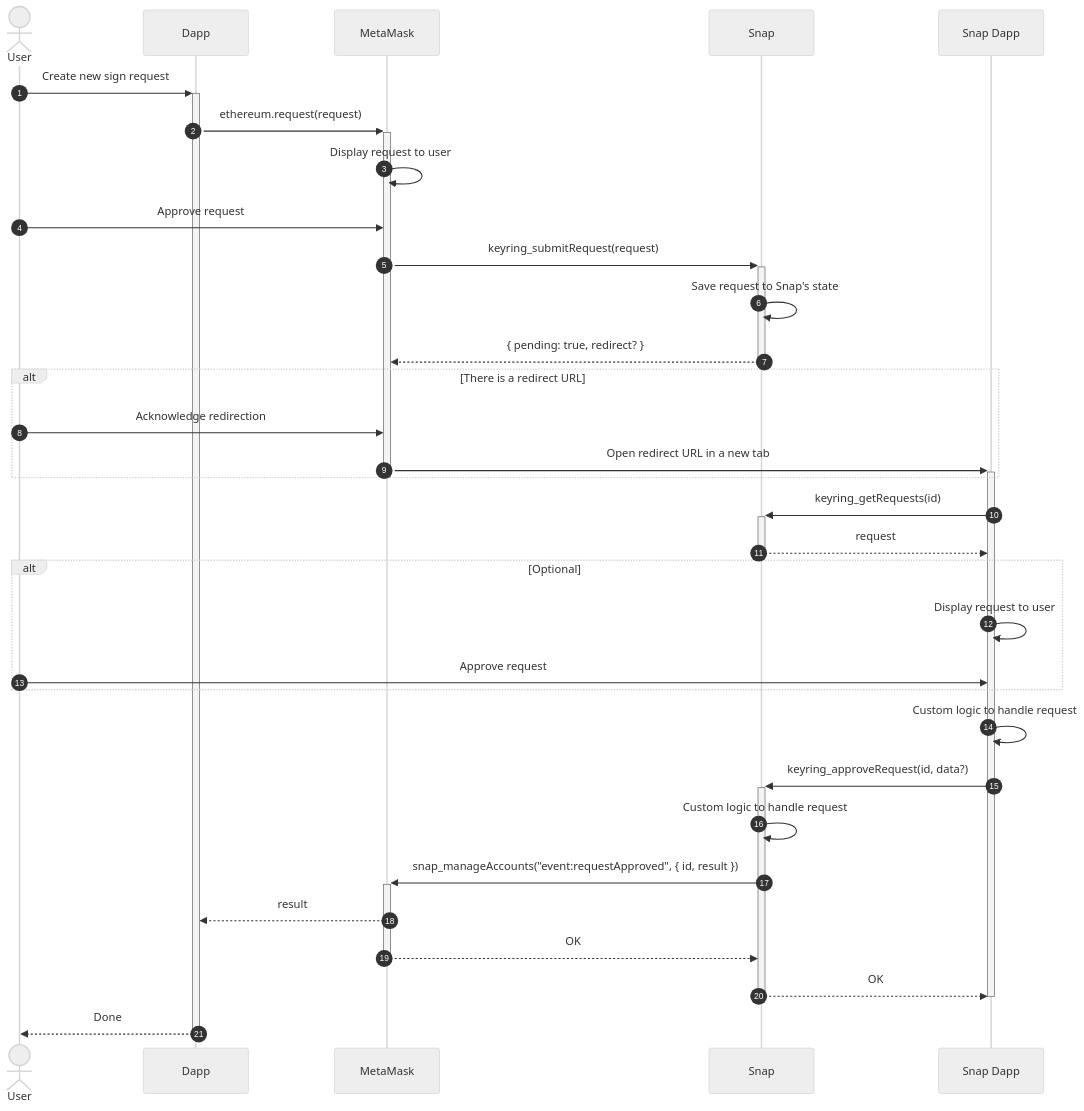
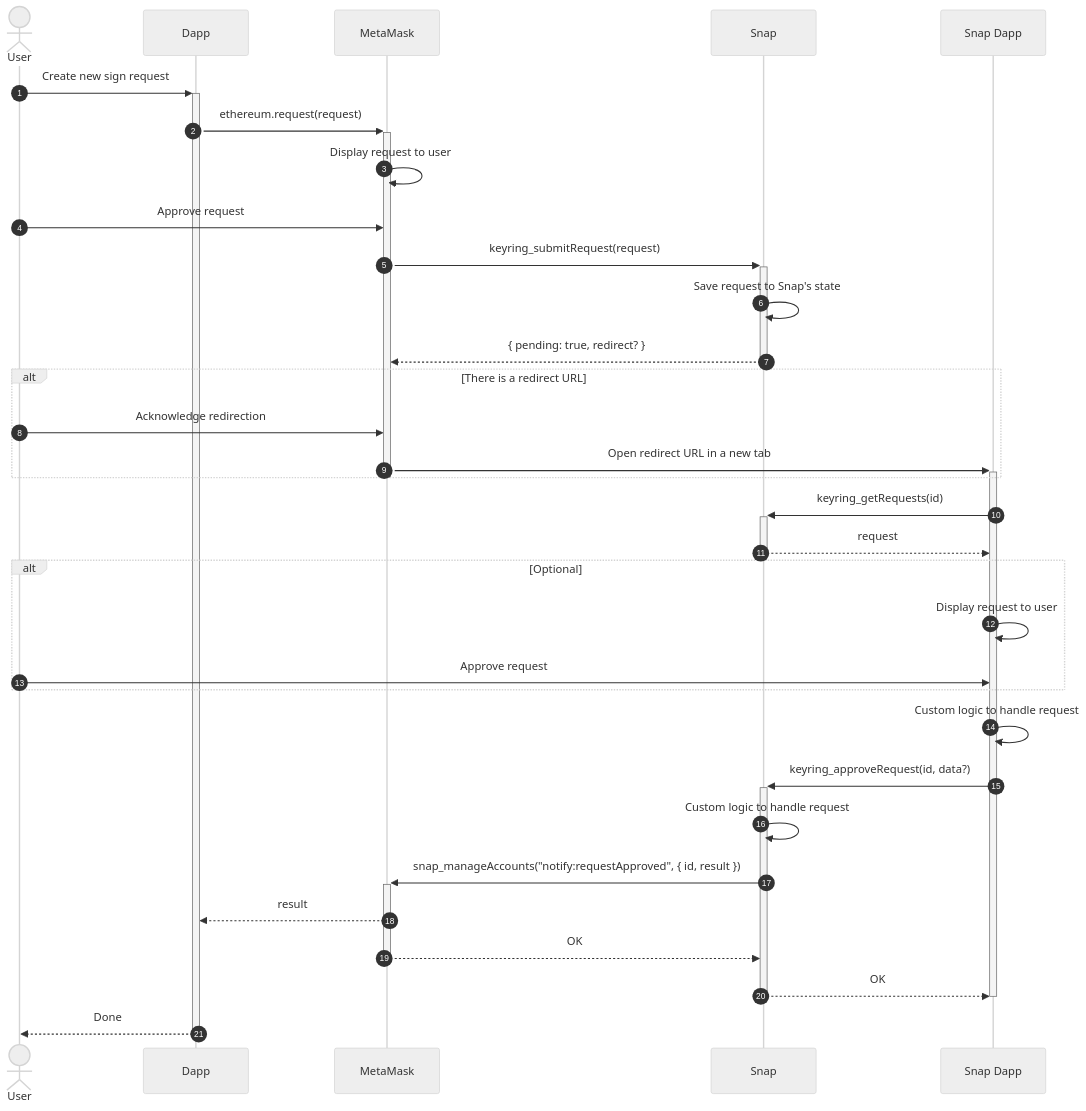
The third of 4 diagrams in docs/architecture.md (MetaMask/keyring-api), drawn with Mermaid (neutral theme) before and after one commit. The commit also changed other lines of this file, not shown here.

Commit message:
docs: update `snap_manageAccounts` arguments (`event` -> `notify`)

````diff
--- a/docs/architecture.md
+++ b/docs/architecture.md
@@ -101,44 +101,44 @@
   ```mermaid
   sequenceDiagram
   autonumber
 
   actor User
   participant Dapp
   participant MetaMask
   participant Snap
   participant Site as Snap Dapp
 
   User ->>+ Dapp: Create new sign request
   Dapp ->>+ MetaMask: ethereum.request(request)
   MetaMask ->> MetaMask: Display request to user
   User ->> MetaMask: Approve request
 
   MetaMask ->>+ Snap: keyring_submitRequest(request)
   Snap ->> Snap: Save request to Snap's state
   Snap -->>- MetaMask: { pending: true, redirect? }
   alt There is a redirect URL
     User ->> MetaMask: Acknowledge redirection
     MetaMask ->>+ Site: Open redirect URL in a new tab
   end
   deactivate MetaMask
 
   Site ->>+ Snap: keyring_getRequests(id)
   Snap -->>- Site: request
 
   alt Optional
     Site ->> Site: Display request to user
     User ->> Site: Approve request
   end
 
   Site ->> Site: Custom logic to handle request
   Site ->>+ Snap: keyring_approveRequest(id, data?)
   Snap ->> Snap: Custom logic to handle request
-  Snap ->>+ MetaMask: snap_manageAccounts("event:requestApproved", { id, result })
+  Snap ->>+ MetaMask: snap_manageAccounts("notify:requestApproved", { id, result })
 
   MetaMask -->> Dapp: result
   MetaMask -->>- Snap: OK
   Snap -->>- Site: OK
   deactivate Site
 
   Dapp -->>- User: Done
   ```
````
